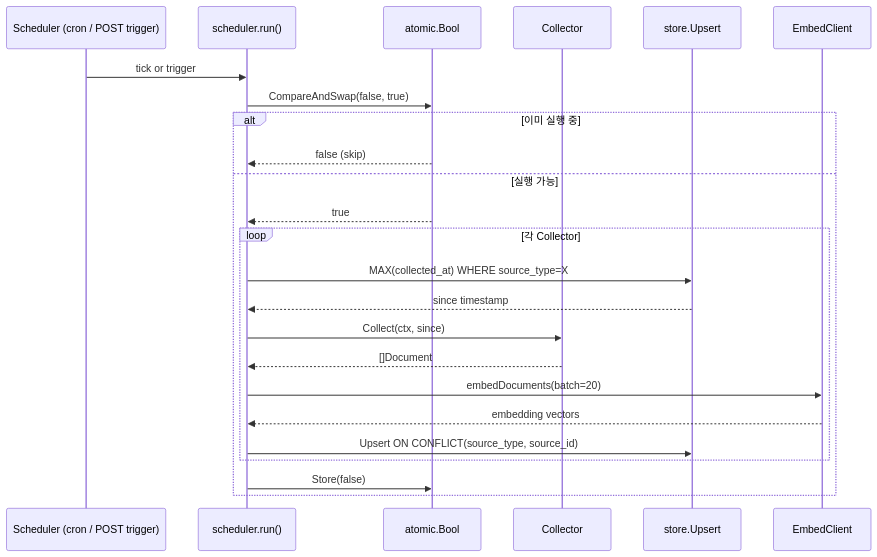
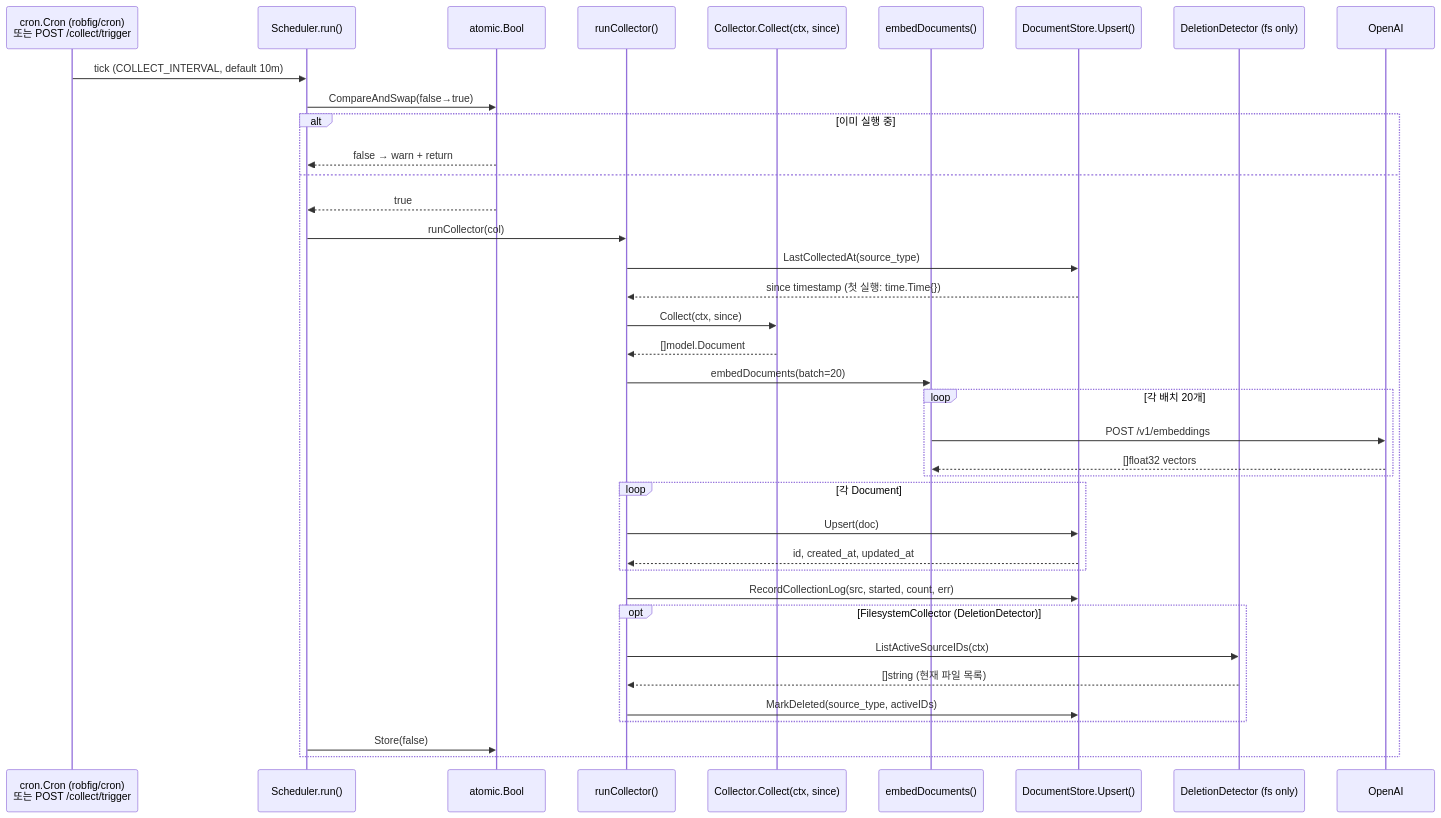
Before and after one commit to baekenough/second-brain: the fourth of 7 diagrams in ARCHITECTURE.md, drawn with Mermaid. The commit also changed other lines of this file and 1 other file, not shown here.

First line of the commit message:
docs: expand architecture documentation to 1102 lines

````diff
--- a/ARCHITECTURE.md
+++ b/ARCHITECTURE.md
@@ -139,27 +255,40 @@
 ```mermaid
 sequenceDiagram
-    participant CRON as Scheduler (cron / POST trigger)
-    participant SCHED as scheduler.run()
+    participant CRON as cron.Cron (robfig/cron)<br/>또는 POST /collect/trigger
+    participant SCHED as Scheduler.run()
     participant CAS as atomic.Bool
-    participant COL as Collector
-    participant STORE as store.Upsert
-    participant EMBED as EmbedClient
+    participant RC as runCollector()
+    participant COL as Collector.Collect(ctx, since)
+    participant EMBED as embedDocuments()
+    participant STORE as DocumentStore.Upsert()
+    participant DD as DeletionDetector (fs only)
 
-    CRON->>SCHED: tick or trigger
-    SCHED->>CAS: CompareAndSwap(false, true)
+    CRON->>SCHED: tick (COLLECT_INTERVAL, default 10m)
+    SCHED->>CAS: CompareAndSwap(false→true)
     alt 이미 실행 중
-        CAS-->>SCHED: false (skip)
-    else 실행 가능
+        CAS-->>SCHED: false → warn + return
+    else
         CAS-->>SCHED: true
-        loop 각 Collector
-            SCHED->>STORE: MAX(collected_at) WHERE source_type=X
-            STORE-->>SCHED: since timestamp
-            SCHED->>COL: Collect(ctx, since)
-            COL-->>SCHED: []Document
-            SCHED->>EMBED: embedDocuments(batch=20)
-            EMBED-->>SCHED: embedding vectors
-            SCHED->>STORE: Upsert ON CONFLICT(source_type, source_id)
+        SCHED->>RC: runCollector(col)
+        RC->>STORE: LastCollectedAt(source_type)
+        STORE-->>RC: since timestamp (첫 실행: time.Time{})
+        RC->>COL: Collect(ctx, since)
+        COL-->>RC: []model.Document
+        RC->>EMBED: embedDocuments(batch=20)
+        loop 각 배치 20개
+            EMBED->>OpenAI: POST /v1/embeddings
+            OpenAI-->>EMBED: []float32 vectors
+        end
+        loop 각 Document
+            RC->>STORE: Upsert(doc)
+            STORE-->>RC: id, created_at, updated_at
+        end
+        RC->>STORE: RecordCollectionLog(src, started, count, err)
+        opt FilesystemCollector (DeletionDetector)
+            RC->>DD: ListActiveSourceIDs(ctx)
+            DD-->>RC: []string (현재 파일 목록)
+            RC->>STORE: MarkDeleted(source_type, activeIDs)
         end
         SCHED->>CAS: Store(false)
     end
 ```
````
